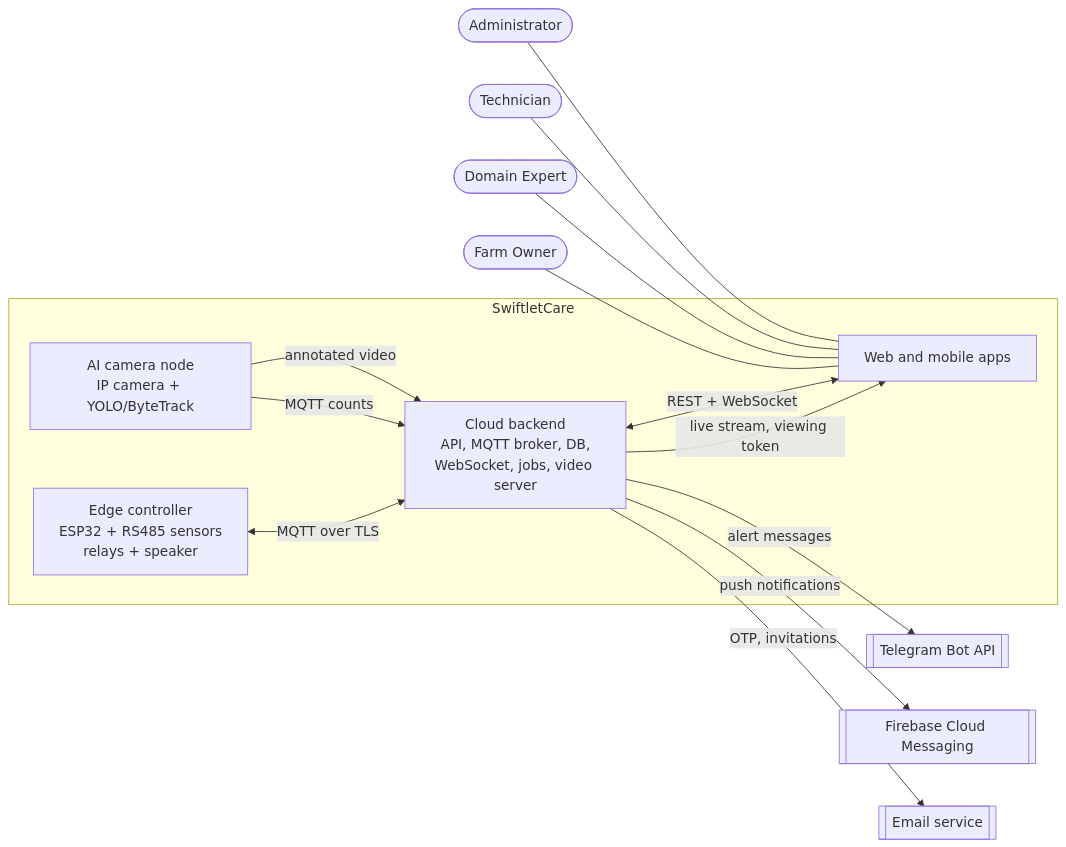
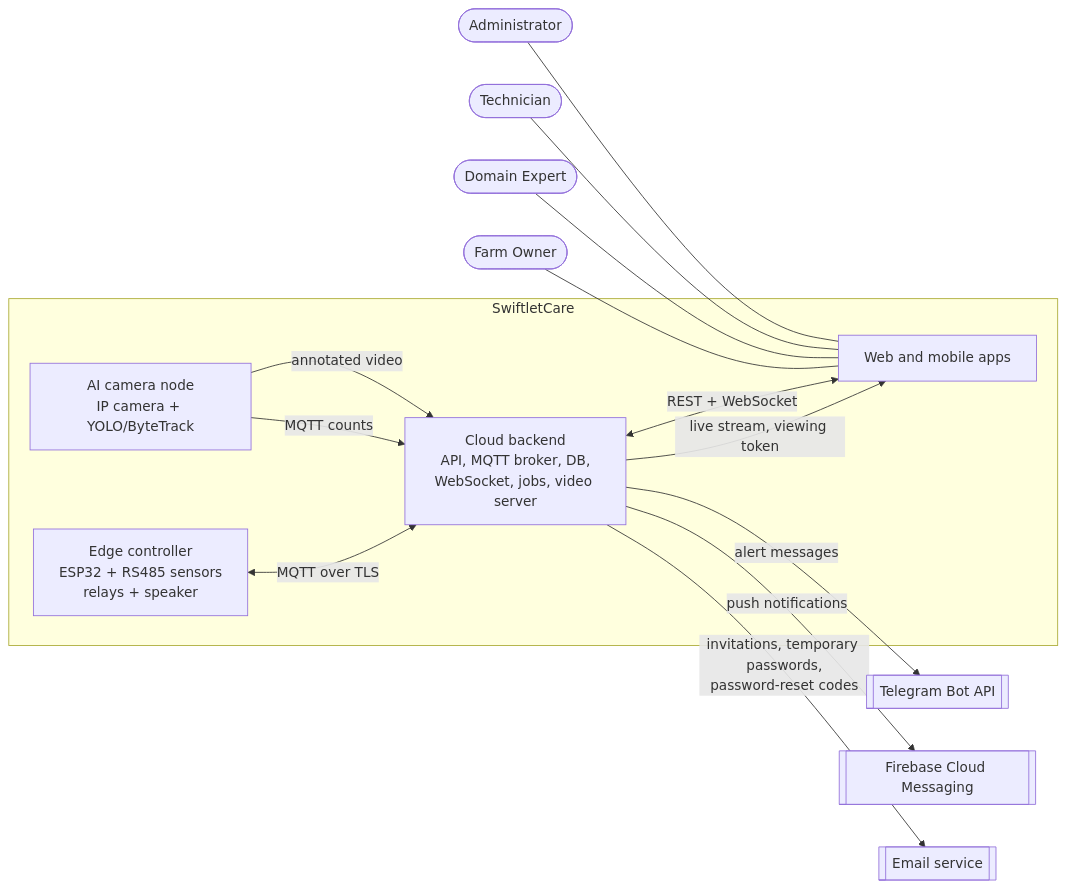
Before and after one commit to NBao261/SwiftletCare_KLTN: the diagram in docs/reports/report3-srs.md, drawn with Mermaid. The commit also changed 2 other files, not shown here.

Commit message:
docs(srs): plan invitation-only accounts, real e-mail and role-based routes
- G-02: P0-Tag removes public sign-up and the passwordless OTP login
  (outside SRS 3.1.0) and replaces account creation from the invitation
  link in the same PR, listing every backend, web and mobile file; P1
  adds Administrator-created Farm Owners and real e-mail over SMTP for
  invitations, reset codes and temporary passwords
- G-15: /stream/:id reuses the WHEP player or is removed; routes, menu
  and buttons follow Report 3 section 2.4 (no Admin in farm screens)
- G-16: mobile screens and buttons per role
- Report 3 section 2.1: the mail service sends invitations, temporary
  passwords and password-reset codes, not OTP

````diff
--- a/docs/reports/report3-srs.md
+++ b/docs/reports/report3-srs.md
@@ -120,28 +120,28 @@
 ```mermaid
 flowchart LR
   FO([Farm Owner])
   DE([Domain Expert])
   TE([Technician])
   AD([Administrator])
   subgraph SC[SwiftletCare]
     ESP[Edge controller<br/>ESP32 + RS485 sensors<br/>relays + speaker]
     AI[AI camera node<br/>IP camera + YOLO/ByteTrack]
     BE[Cloud backend<br/>API, MQTT broker, DB,<br/>WebSocket, jobs, video server]
     APP[Web and mobile apps]
   end
   TG[[Telegram Bot API]]
   FCM[[Firebase Cloud Messaging]]
   MAIL[[Email service]]
   ESP <-- MQTT over TLS --> BE
   AI -- MQTT counts --> BE
   AI -- annotated video --> BE
   BE -- live stream, viewing token --> APP
   BE <-- REST + WebSocket --> APP
   BE -- alert messages --> TG
   BE -- push notifications --> FCM
-  BE -- OTP, invitations --> MAIL
+  BE -- invitations, temporary passwords,<br/>password-reset codes --> MAIL
   FO --- APP
   DE --- APP
   TE --- APP
   AD --- APP
 ```
````
